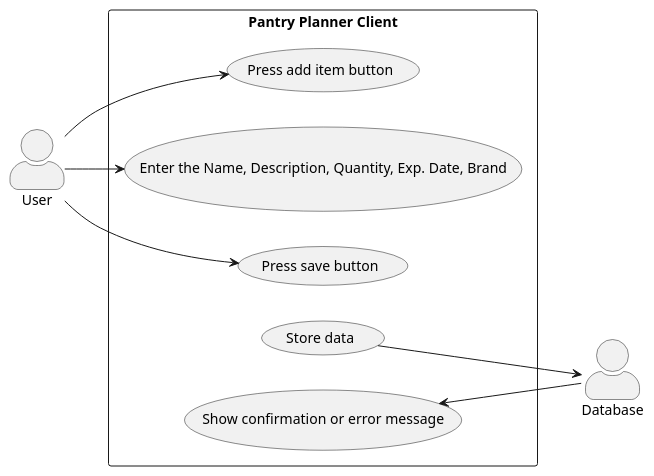
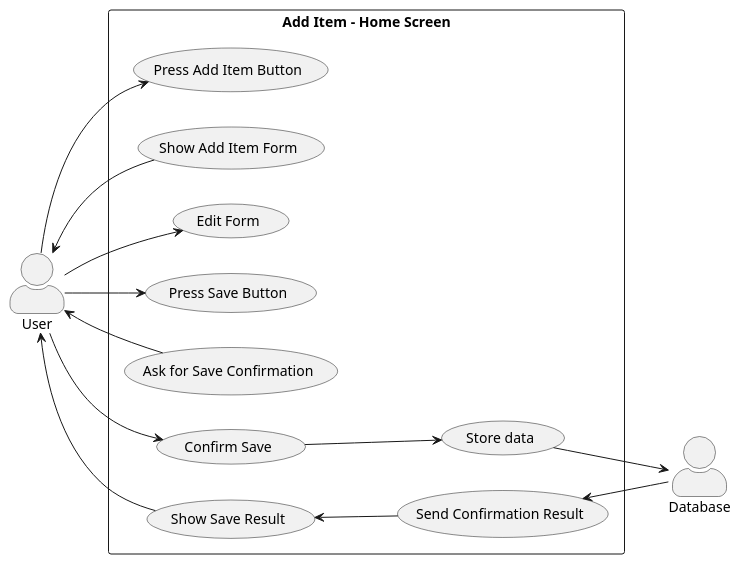
The diagram in docs/diagram/useCase/01-add-item.puml (DennisVargas/PantryPlanner), drawn with PlantUML before and after one commit.

Commit message:
Add item use case shows confirmations.

```diff
--- a/docs/diagram/useCase/01-add-item.puml
+++ b/docs/diagram/useCase/01-add-item.puml
@@ -1,24 +1,35 @@
 @startuml AddItemUseCase
+' Pantry Planner Add Item use case.'
 
 left to right direction
 skinparam actorStyle awesome
 skinparam packageStyle rectangle
 
 actor User
 actor Database
 
-rectangle "Pantry Planner Client"{
-    usecase "Press add item button" as addButton
-    usecase "Enter the Name, Description, Quantity, Exp. Date, Brand" as addInfo
-    usecase "Press save button" as saveButton
+rectangle "Add Item - Home Screen"{
+    usecase "Press Add Item Button" as addButton
+    usecase "Show Add Item Form" as showForm
+    usecase "Edit Form" as addInfo
+    usecase "Press Save Button" as saveButton
+    usecase "Ask for Save Confirmation" as saveConf
+    usecase "Confirm Save" as confSave
     usecase "Store data" as saveData
-    usecase "Show confirmation or error message" as sendResult
+    usecase "Send Confirmation Result" as sendResult
+    usecase "Show Save Result" as showResult
 }
 
-:User: --> (addButton)
-:User: --> (addInfo)
-:User: --> (saveButton)
-(saveData) --> :Database:
-(sendResult) <-- :Database:
+User --> addButton
+User <-- showForm
+User --> addInfo
+User --> saveButton
+User <-- saveConf
+User --> confSave
+confSave --> saveData
+saveData --> Database
+sendResult <-- Database
+showResult <-- sendResult
+User <-- showResult
 
 @enduml
```
